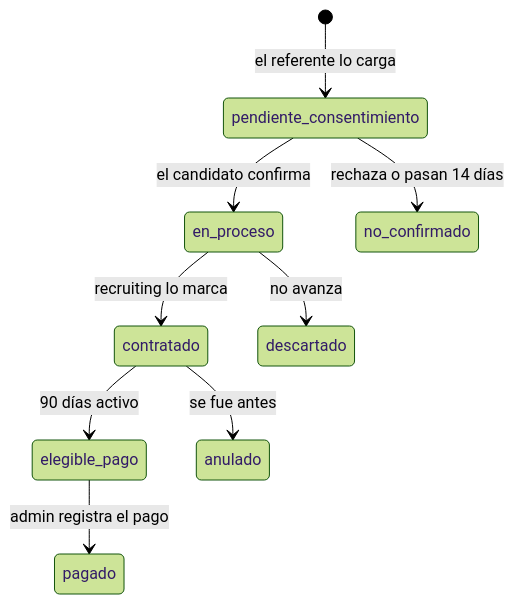
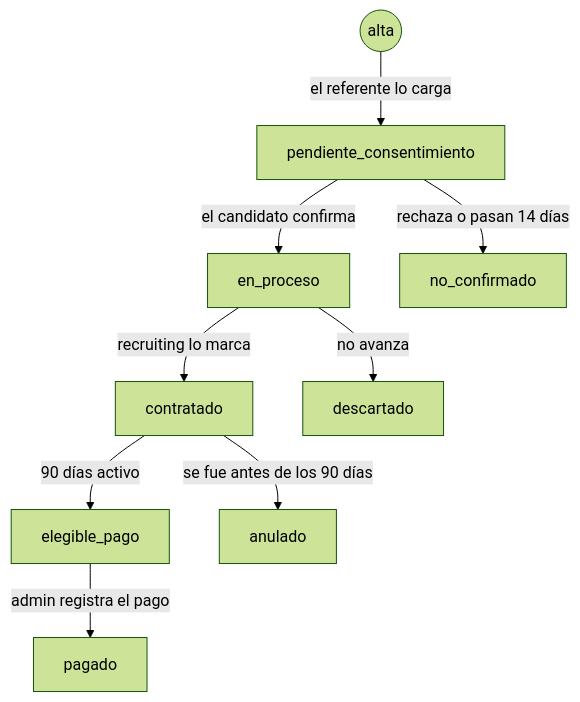
One commit to pedromazzieri24/programa-referidos-worldteams changed the second of 2 diagrams in entregables/02-modelo-datos.md. Above: the diagram before and after it, drawn with Mermaid (forest theme). The commit also changed 1 other file, not shown here.

Commit message:
Ordena los diagramas de estados y general para que no se encimen

````diff
--- a/entregables/02-modelo-datos.md
+++ b/entregables/02-modelo-datos.md
@@ -85,11 +85,11 @@
 ```mermaid
-stateDiagram-v2
-    [*] --> pendiente_consentimiento: el referente lo carga
-    pendiente_consentimiento --> en_proceso: el candidato confirma
-    pendiente_consentimiento --> no_confirmado: rechaza o pasan 14 días
-    en_proceso --> contratado: recruiting lo marca
-    en_proceso --> descartado: no avanza
-    contratado --> elegible_pago: 90 días activo
-    contratado --> anulado: se fue antes
-    elegible_pago --> pagado: admin registra el pago
+flowchart TD
+    I(("alta")) -->|el referente lo carga| P["pendiente_consentimiento"]
+    P -->|el candidato confirma| E["en_proceso"]
+    P -->|rechaza o pasan 14 días| NC["no_confirmado"]
+    E -->|recruiting lo marca| C["contratado"]
+    E -->|no avanza| D["descartado"]
+    C -->|90 días activo| EP["elegible_pago"]
+    C -->|se fue antes de los 90 días| AN["anulado"]
+    EP -->|admin registra el pago| PG["pagado"]
 ```
````
